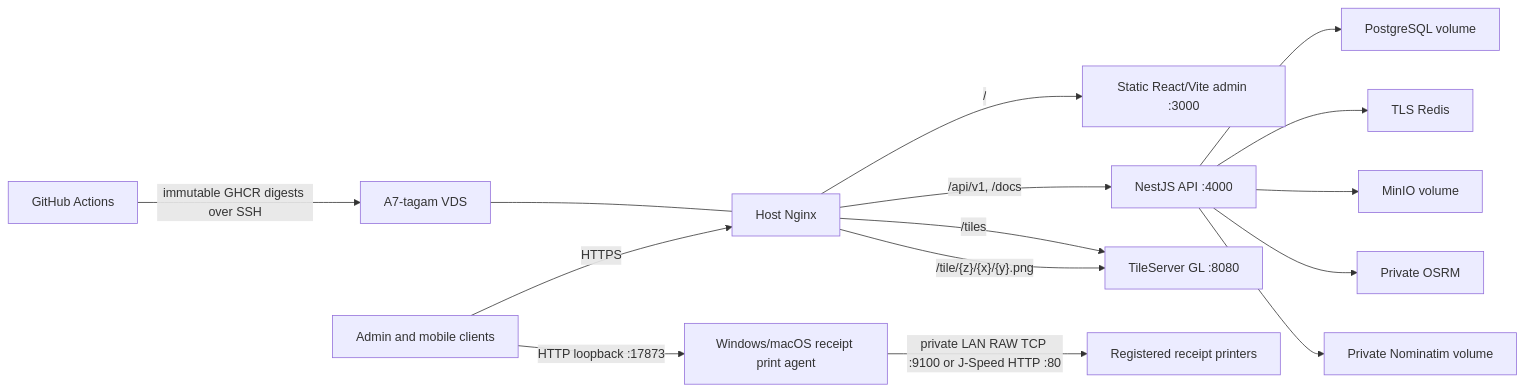
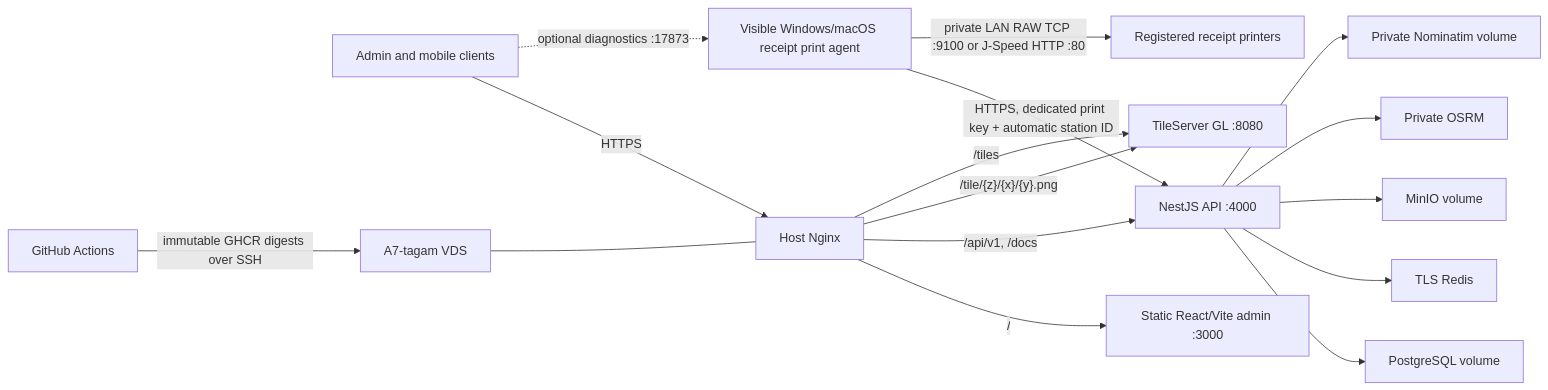
The diagram in docs/INFRASTRUCTURE.md (Dadebay/Backend_Admin_panel_alow_alow), drawn with Mermaid before and after one commit. The commit also changed other lines of this file and 35 other files, not shown here.

Commit message:
feat(receipts): add standalone print agent

````diff
--- a/docs/INFRASTRUCTURE.md
+++ b/docs/INFRASTRUCTURE.md
@@ -37,17 +37,18 @@
 ```mermaid
 flowchart LR
   U["Admin and mobile clients"] -->|"HTTPS"| N["Host Nginx"]
   N -->|"/"| A["Static React/Vite admin :3000"]
   N -->|"/api/v1, /docs"| API["NestJS API :4000"]
   N -->|"/tile/{z}/{x}/{y}.png"| T
   N -->|"/tiles"| T["TileServer GL :8080"]
   API --> PG["PostgreSQL volume"]
   API --> R["TLS Redis"]
   API --> S3["MinIO volume"]
   API --> O["Private OSRM"]
   API --> GEO["Private Nominatim volume"]
   GH["GitHub Actions"] -->|"immutable GHCR digests over SSH"| VDS["A7-tagam VDS"]
   VDS --- N
-  U -->|"HTTP loopback :17873"| PA["Windows/macOS receipt print agent"]
+  PA["Visible Windows/macOS receipt print agent"] -->|"HTTPS, dedicated print key + automatic station ID"| API
+  U -.->|"optional diagnostics :17873"| PA
   PA -->|"private LAN RAW TCP :9100 or J-Speed HTTP :80"| RP["Registered receipt printers"]
 ```
````
